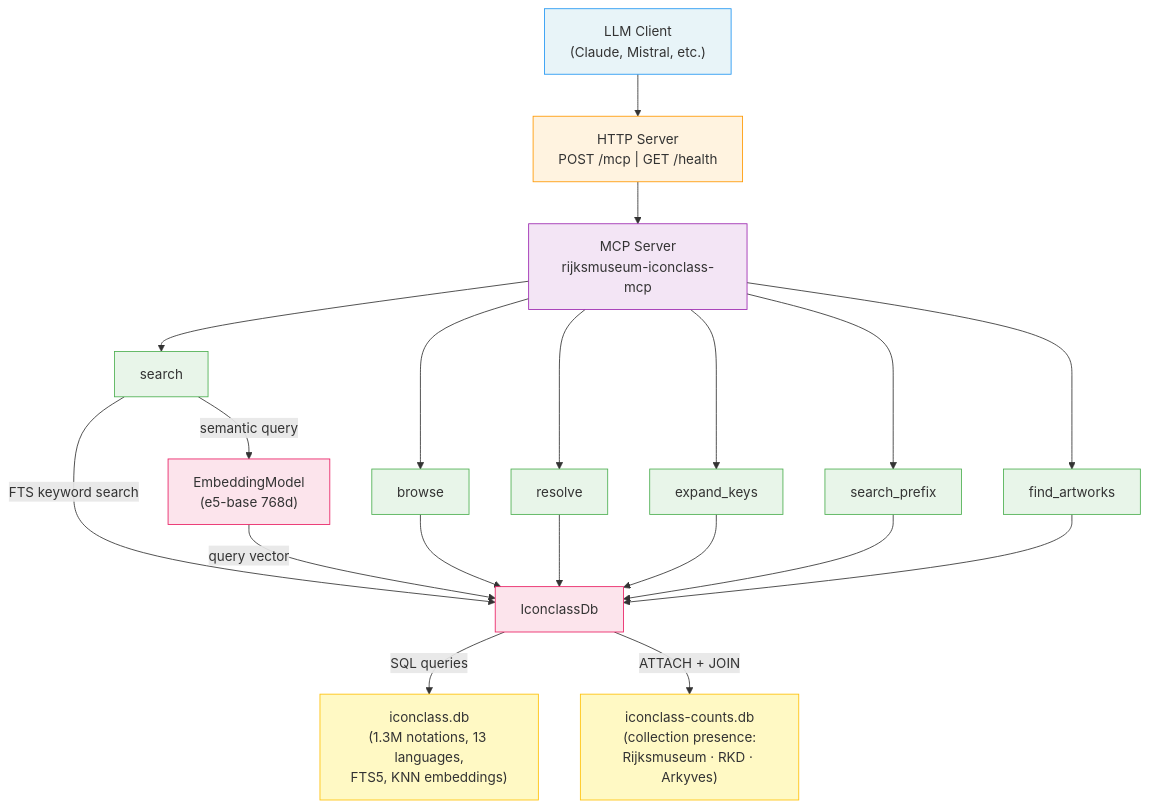
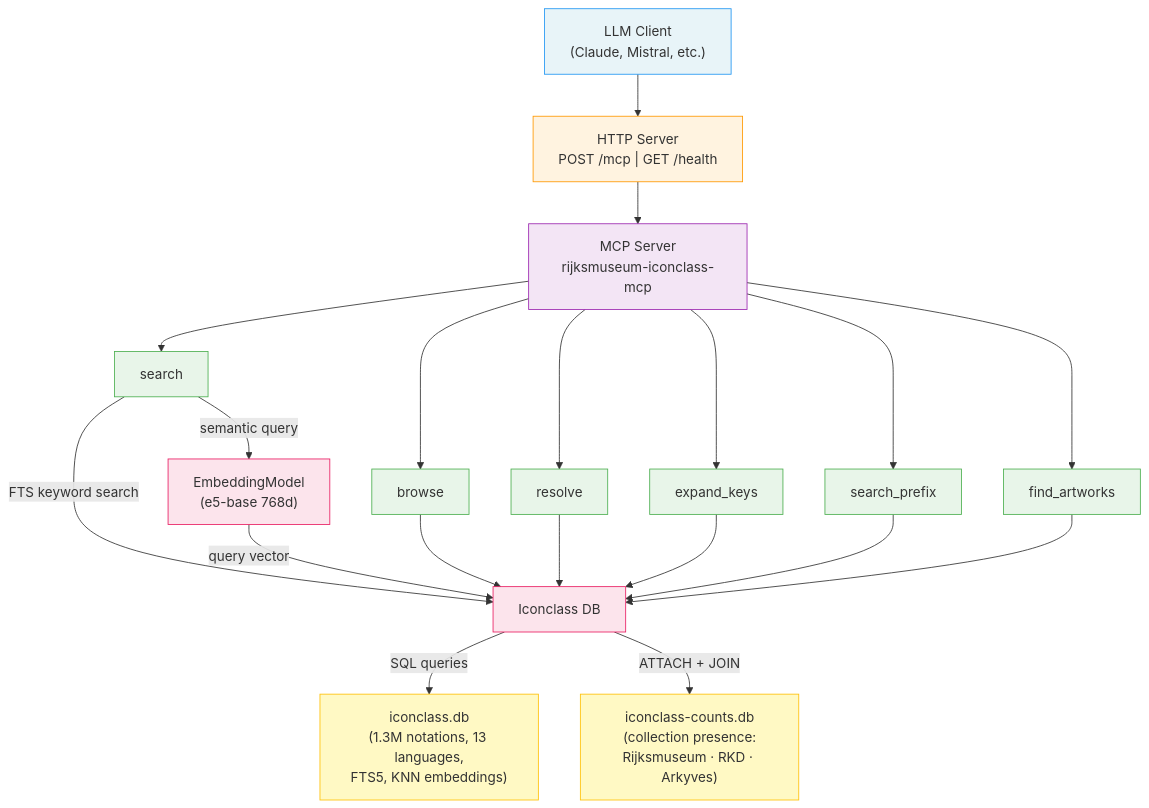
The diagram in README.md (kintopp/rijksmuseum-iconclass-mcp), drawn with Mermaid before and after one commit.

````diff
--- a/README.md
+++ b/README.md
@@ -43,36 +43,36 @@
 ```mermaid
 graph TB
     Client["LLM Client<br/>(Claude, Mistral, etc.)"] --> HTTP["HTTP Server<br/>POST /mcp | GET /health"]
 
     HTTP --> MCP["MCP Server<br/>rijksmuseum-iconclass-mcp"]
 
     MCP --> T1["search"]
     MCP --> T2["browse"]
     MCP --> T3["resolve"]
     MCP --> T4["expand_keys"]
     MCP --> T5["search_prefix"]
     MCP --> T6["find_artworks"]
 
-    T1 -->|"FTS keyword search"| DB["IconclassDb"]
+    T1 -->|"FTS keyword search"| DB["Iconclass DB"]
     T1 -->|"semantic query"| EMB["EmbeddingModel<br/>(e5-base 768d)"]
     EMB -->|"query vector"| DB
 
     T2 & T3 & T4 & T5 & T6 --> DB
 
     DB -->|"SQL queries"| MAIN["iconclass.db<br/>(1.3M notations, 13 languages,<br/>FTS5, KNN embeddings)"]
     DB -->|"ATTACH + JOIN"| COUNTS["iconclass-counts.db<br/>(collection presence:<br/>Rijksmuseum · RKD · Arkyves)"]
 
     style Client fill:#e8f4f8,stroke:#2196F3
     style HTTP fill:#fff3e0,stroke:#FF9800
     style MCP fill:#f3e5f5,stroke:#9C27B0
     style T1 fill:#e8f5e9,stroke:#4CAF50
     style T2 fill:#e8f5e9,stroke:#4CAF50
     style T3 fill:#e8f5e9,stroke:#4CAF50
     style T4 fill:#e8f5e9,stroke:#4CAF50
     style T5 fill:#e8f5e9,stroke:#4CAF50
     style T6 fill:#e8f5e9,stroke:#4CAF50
     style DB fill:#fce4ec,stroke:#E91E63
     style EMB fill:#fce4ec,stroke:#E91E63
     style MAIN fill:#fff9c4,stroke:#FFC107
     style COUNTS fill:#fff9c4,stroke:#FFC107
 ```
````
